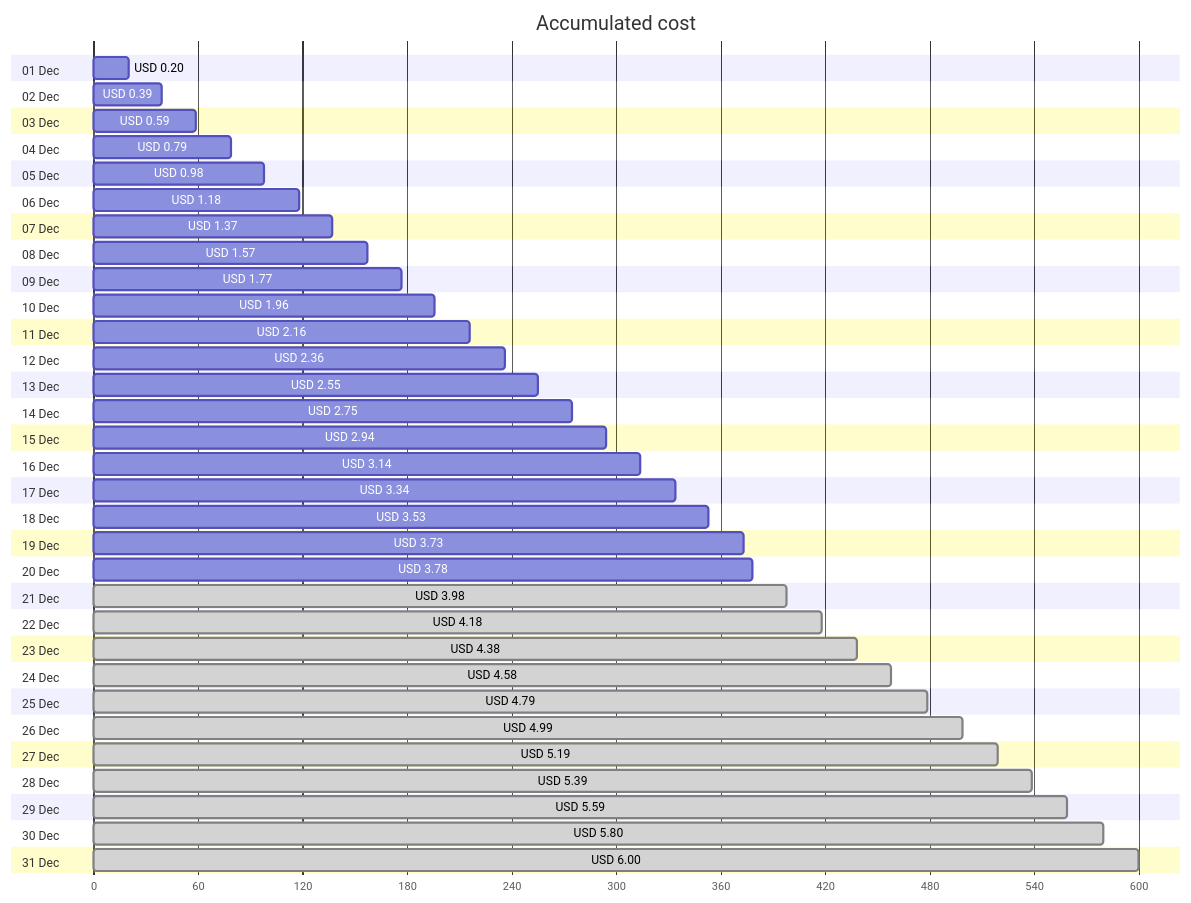
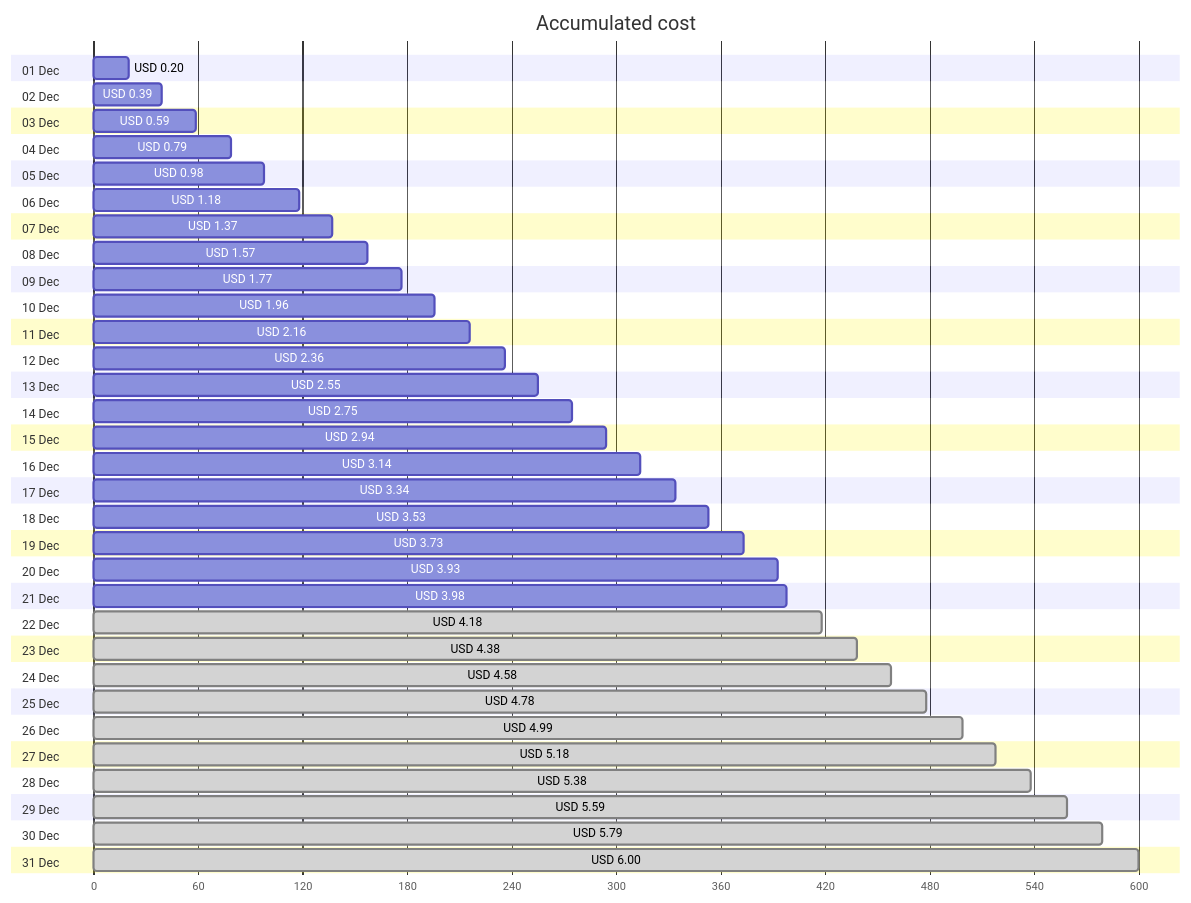
The first of 4 diagrams in cost-reports/personal-network/backup-server.md (jpfulton/azure-personal-reports), drawn with Mermaid before and after one commit. The commit also changed other lines of this file and 8 other files, not shown here.

````diff
--- a/cost-reports/personal-network/backup-server.md
+++ b/cost-reports/personal-network/backup-server.md
@@ -20,68 +20,68 @@
 ```mermaid
 gantt
    title Accumulated cost
    dateFormat  X
    axisFormat %s
    section 01 Dec
    USD 0.20 :0, 20
    section 02 Dec
    USD 0.39 :0, 39
    section 03 Dec
    USD 0.59 :0, 59
    section 04 Dec
    USD 0.79 :0, 79
    section 05 Dec
    USD 0.98 :0, 98
    section 06 Dec
    USD 1.18 :0, 118
    section 07 Dec
    USD 1.37 :0, 137
    section 08 Dec
    USD 1.57 :0, 157
    section 09 Dec
    USD 1.77 :0, 177
    section 10 Dec
    USD 1.96 :0, 196
    section 11 Dec
    USD 2.16 :0, 216
    section 12 Dec
    USD 2.36 :0, 236
    section 13 Dec
    USD 2.55 :0, 255
    section 14 Dec
    USD 2.75 :0, 275
    section 15 Dec
    USD 2.94 :0, 294
    section 16 Dec
    USD 3.14 :0, 314
    section 17 Dec
    USD 3.34 :0, 334
    section 18 Dec
    USD 3.53 :0, 353
    section 19 Dec
    USD 3.73 :0, 373
    section 20 Dec
-   USD 3.78 :0, 378
+   USD 3.93 :0, 393
    section 21 Dec
-   USD 3.98 : done, 0, 398
+   USD 3.98 :0, 398
    section 22 Dec
    USD 4.18 : done, 0, 418
    section 23 Dec
    USD 4.38 : done, 0, 438
    section 24 Dec
    USD 4.58 : done, 0, 458
    section 25 Dec
-   USD 4.79 : done, 0, 479
+   USD 4.78 : done, 0, 478
    section 26 Dec
    USD 4.99 : done, 0, 499
    section 27 Dec
-   USD 5.19 : done, 0, 519
+   USD 5.18 : done, 0, 518
    section 28 Dec
-   USD 5.39 : done, 0, 539
+   USD 5.38 : done, 0, 538
    section 29 Dec
    USD 5.59 : done, 0, 559
    section 30 Dec
-   USD 5.80 : done, 0, 580
+   USD 5.79 : done, 0, 579
    section 31 Dec
    USD 6.00 : done, 0, 600
 ```
````
